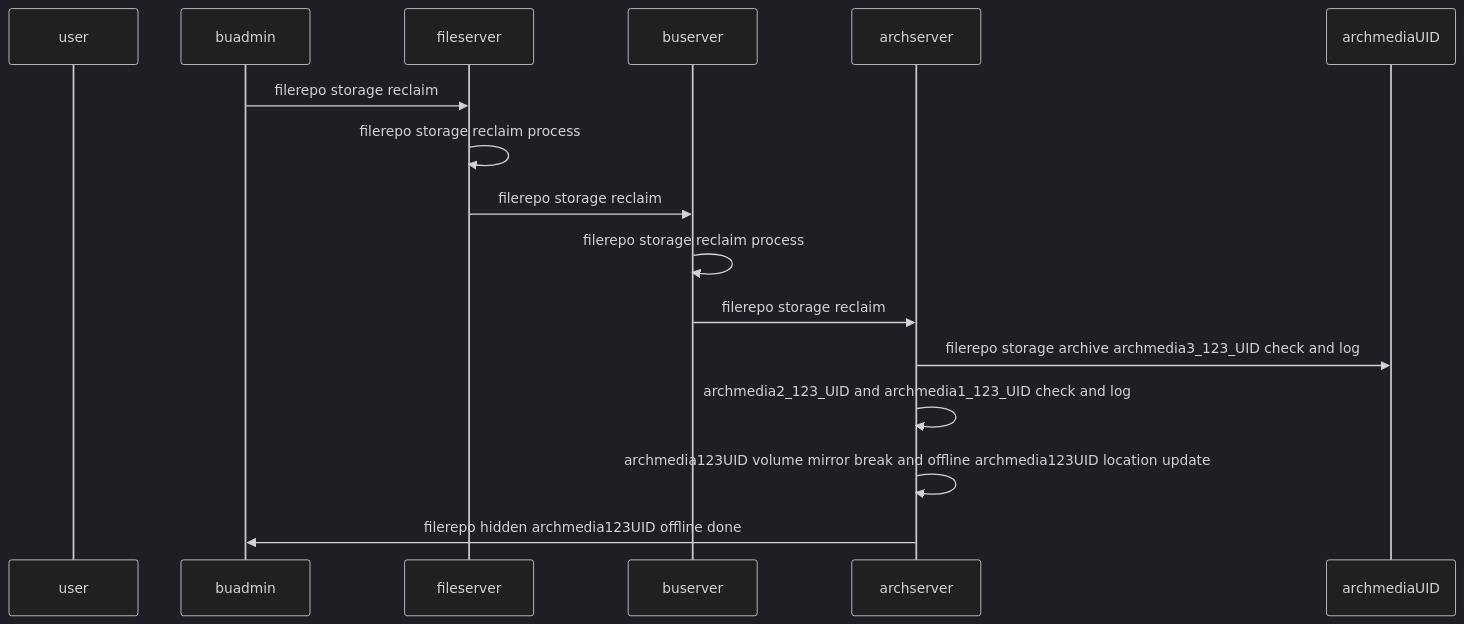
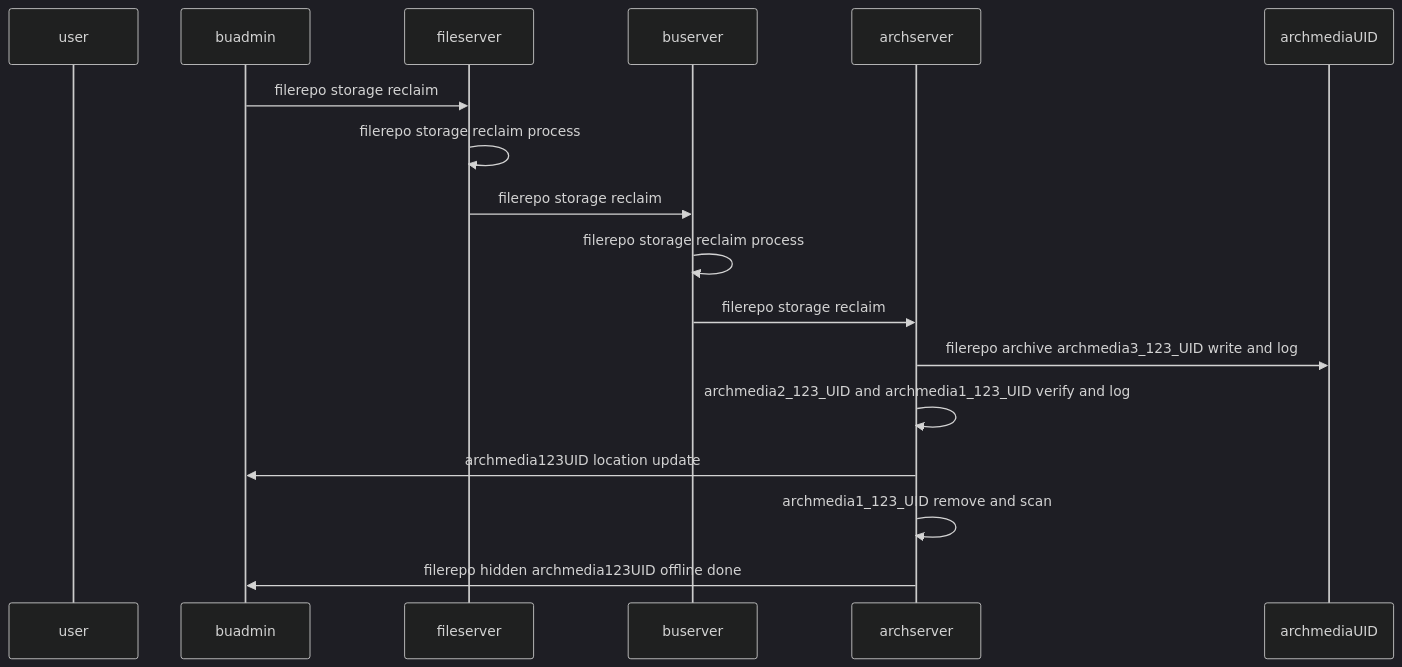
Before and after one commit to 2cld/netstack: the fourth of 4 diagrams in docs/ops/backup/backup-diagram.md, drawn with Mermaid (dark theme).

````diff
--- a/docs/ops/backup/backup-diagram.md
+++ b/docs/ops/backup/backup-diagram.md
@@ -59,18 +59,19 @@
 ```mermaid
 sequenceDiagram 
     participant user
     participant buadmin
     participant fileserver
     participant buserver
     participant archserver
     participant archmediaUID
     buadmin->>fileserver: filerepo storage reclaim
     fileserver->>fileserver: filerepo storage reclaim process
     fileserver->>buserver: filerepo storage reclaim
     buserver->>buserver: filerepo storage reclaim process
     buserver->>archserver: filerepo storage reclaim
-    archserver->>archmediaUID: filerepo storage archive archmedia3_123_UID check and log
-    archserver->>archserver: archmedia2_123_UID and archmedia1_123_UID check and log
-    archserver->>archserver: archmedia123UID volume mirror break and offline archmedia123UID location update
+    archserver->>archmediaUID: filerepo archive archmedia3_123_UID write and log
+    archserver->>archserver: archmedia2_123_UID and archmedia1_123_UID verify and log
+    archserver->>buadmin: archmedia123UID location update
+    archserver->>archserver: archmedia1_123_UID remove and scan
     archserver->>buadmin: filerepo hidden archmedia123UID offline done
 ```
````
